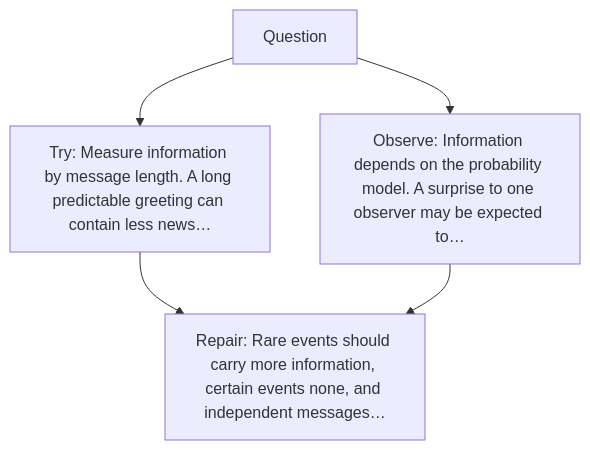
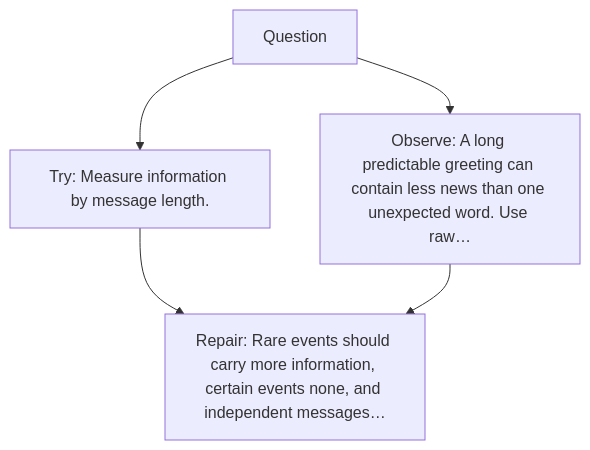
One commit to kleem-labs/AI-Archaeology changed the diagram in excavations/019-information/diagram.md. Above: the diagram before and after it, drawn with Mermaid. The commit also changed other lines of this file and 165 other files, not shown here.

````diff
--- a/excavations/019-information/diagram.md
+++ b/excavations/019-information/diagram.md
@@ -5,7 +5,7 @@
 ```mermaid
 flowchart TD
-    A["Question"] --> B["Try: Measure information by message length. A long predictable greeting can contain less news…"]
-    A --> C["Observe: Information depends on the probability model. A surprise to one observer may be expected to…"]
+    A["Question"] --> B["Try: Measure information by message length."]
+    A --> C["Observe: A long predictable greeting can contain less news than one unexpected word. Use raw…"]
     B --> D["Repair: Rare events should carry more information, certain events none, and independent messages…"]
     C --> D
 ```
````
